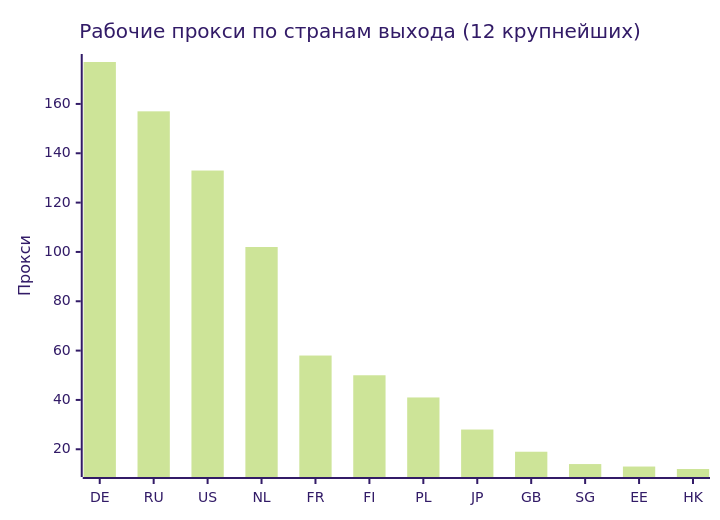
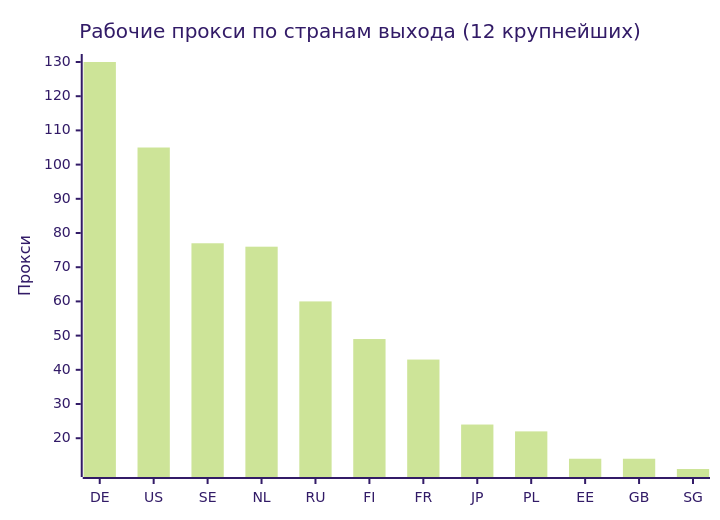
One commit to rvvg/proxy-subs changed the second of 4 diagrams in README.md. Above: the diagram before and after it, drawn with Mermaid (forest theme). The commit also changed other lines of this file and 51 other files, not shown here.

````diff
--- a/README.md
+++ b/README.md
@@ -129,7 +129,7 @@
 ```mermaid
 xychart-beta
     title "Рабочие прокси по странам выхода (12 крупнейших)"
-    x-axis ["DE", "RU", "US", "NL", "FR", "FI", "PL", "JP", "GB", "SG", "EE", "HK"]
+    x-axis ["DE", "US", "SE", "NL", "RU", "FI", "FR", "JP", "PL", "EE", "GB", "SG"]
     y-axis "Прокси"
-    bar [177, 157, 133, 102, 58, 50, 41, 28, 19, 14, 13, 12]
+    bar [130, 105, 77, 76, 60, 49, 43, 24, 22, 14, 14, 11]
 ```
````
